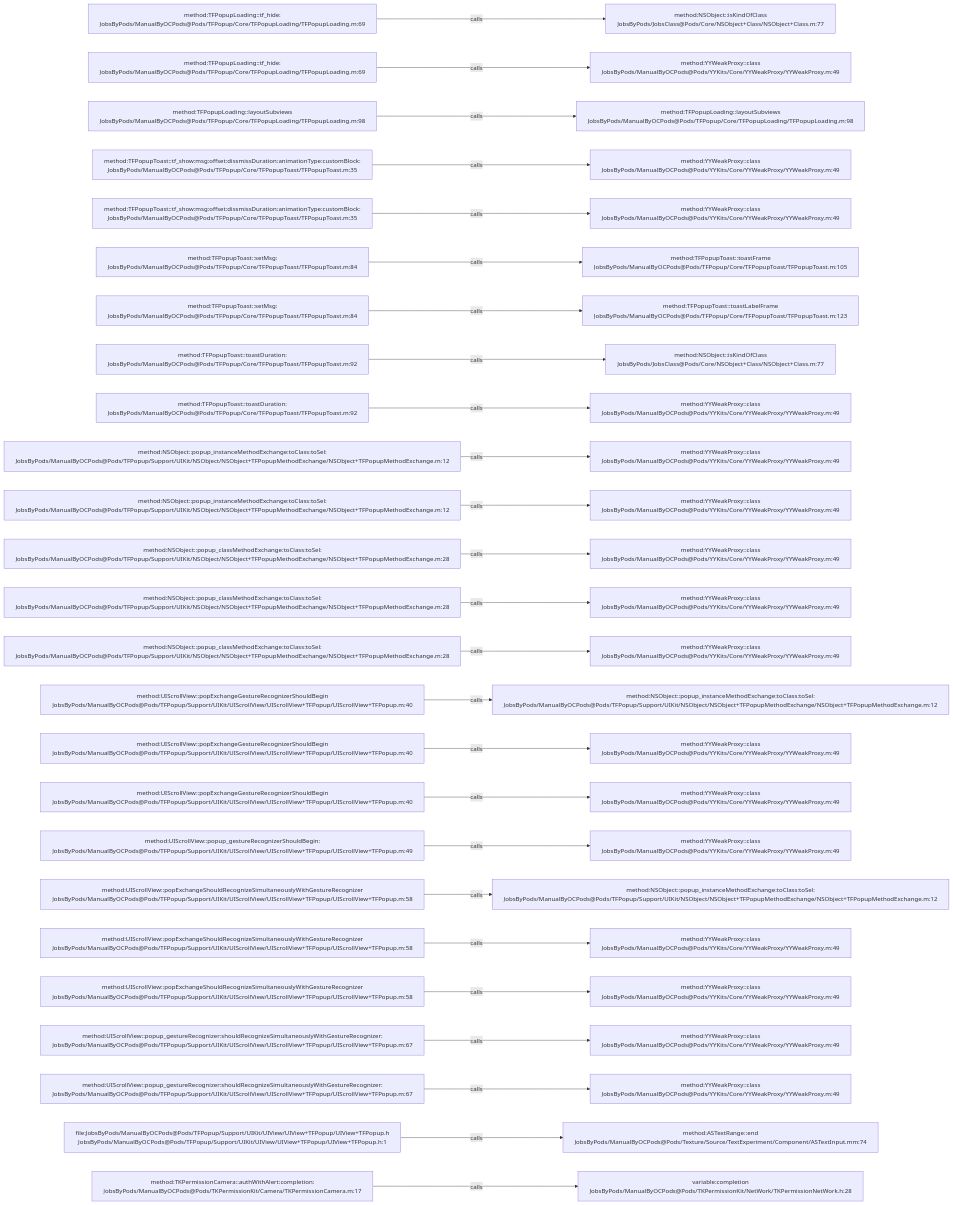
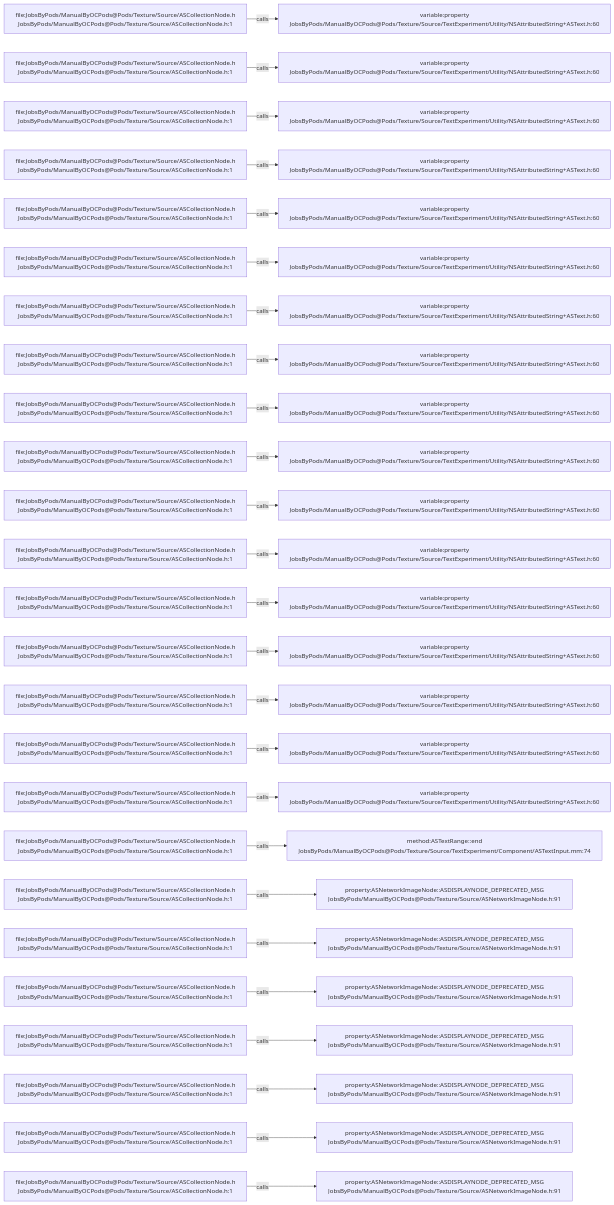
The diagram in .codegraph/codegraph.md/graphs/calls-067.md (JobsKits/JobsOCBaseConfigDemo), drawn with Mermaid before and after one commit. The commit also changed 1448 other files, not shown here.

````diff
--- a/.codegraph/codegraph.md/graphs/calls-067.md
+++ b/.codegraph/codegraph.md/graphs/calls-067.md
@@ -13,78 +13,78 @@
 ```mermaid
 flowchart LR
-  S1["method:TFPopupLoading::tf_hide:<br/>JobsByPods/ManualByOCPods@Pods/TFPopup/Core/TFPopupLoading/TFPopupLoading.m:69"]
-  T1["method:NSObject::isKindOfClass<br/>JobsByPods/JobsClass@Pods/Core/NSObject+Class/NSObject+Class.m:77"]
+  S1["file:JobsByPods/ManualByOCPods@Pods/Texture/Source/ASCollectionNode.h<br/>JobsByPods/ManualByOCPods@Pods/Texture/Source/ASCollectionNode.h:1"]
+  T1["variable:property<br/>JobsByPods/ManualByOCPods@Pods/Texture/Source/TextExperiment/Utility/NSAttributedString+ASText.h:60"]
   S1 -->|calls| T1
-  S2["method:TFPopupLoading::tf_hide:<br/>JobsByPods/ManualByOCPods@Pods/TFPopup/Core/TFPopupLoading/TFPopupLoading.m:69"]
-  T2["method:YYWeakProxy::class<br/>JobsByPods/ManualByOCPods@Pods/YYKits/Core/YYWeakProxy/YYWeakProxy.m:49"]
+  S2["file:JobsByPods/ManualByOCPods@Pods/Texture/Source/ASCollectionNode.h<br/>JobsByPods/ManualByOCPods@Pods/Texture/Source/ASCollectionNode.h:1"]
+  T2["variable:property<br/>JobsByPods/ManualByOCPods@Pods/Texture/Source/TextExperiment/Utility/NSAttributedString+ASText.h:60"]
   S2 -->|calls| T2
-  S3["method:TFPopupLoading::layoutSubviews<br/>JobsByPods/ManualByOCPods@Pods/TFPopup/Core/TFPopupLoading/TFPopupLoading.m:98"]
-  T3["method:TFPopupLoading::layoutSubviews<br/>JobsByPods/ManualByOCPods@Pods/TFPopup/Core/TFPopupLoading/TFPopupLoading.m:98"]
+  S3["file:JobsByPods/ManualByOCPods@Pods/Texture/Source/ASCollectionNode.h<br/>JobsByPods/ManualByOCPods@Pods/Texture/Source/ASCollectionNode.h:1"]
+  T3["variable:property<br/>JobsByPods/ManualByOCPods@Pods/Texture/Source/TextExperiment/Utility/NSAttributedString+ASText.h:60"]
   S3 -->|calls| T3
-  S4["method:TFPopupToast::tf_show:msg:offset:dissmissDuration:animationType:customBlock:<br/>JobsByPods/ManualByOCPods@Pods/TFPopup/Core/TFPopupToast/TFPopupToast.m:35"]
-  T4["method:YYWeakProxy::class<br/>JobsByPods/ManualByOCPods@Pods/YYKits/Core/YYWeakProxy/YYWeakProxy.m:49"]
+  S4["file:JobsByPods/ManualByOCPods@Pods/Texture/Source/ASCollectionNode.h<br/>JobsByPods/ManualByOCPods@Pods/Texture/Source/ASCollectionNode.h:1"]
+  T4["variable:property<br/>JobsByPods/ManualByOCPods@Pods/Texture/Source/TextExperiment/Utility/NSAttributedString+ASText.h:60"]
   S4 -->|calls| T4
-  S5["method:TFPopupToast::tf_show:msg:offset:dissmissDuration:animationType:customBlock:<br/>JobsByPods/ManualByOCPods@Pods/TFPopup/Core/TFPopupToast/TFPopupToast.m:35"]
-  T5["method:YYWeakProxy::class<br/>JobsByPods/ManualByOCPods@Pods/YYKits/Core/YYWeakProxy/YYWeakProxy.m:49"]
+  S5["file:JobsByPods/ManualByOCPods@Pods/Texture/Source/ASCollectionNode.h<br/>JobsByPods/ManualByOCPods@Pods/Texture/Source/ASCollectionNode.h:1"]
+  T5["variable:property<br/>JobsByPods/ManualByOCPods@Pods/Texture/Source/TextExperiment/Utility/NSAttributedString+ASText.h:60"]
   S5 -->|calls| T5
-  S6["method:TFPopupToast::setMsg:<br/>JobsByPods/ManualByOCPods@Pods/TFPopup/Core/TFPopupToast/TFPopupToast.m:84"]
-  T6["method:TFPopupToast::toastFrame<br/>JobsByPods/ManualByOCPods@Pods/TFPopup/Core/TFPopupToast/TFPopupToast.m:105"]
+  S6["file:JobsByPods/ManualByOCPods@Pods/Texture/Source/ASCollectionNode.h<br/>JobsByPods/ManualByOCPods@Pods/Texture/Source/ASCollectionNode.h:1"]
+  T6["variable:property<br/>JobsByPods/ManualByOCPods@Pods/Texture/Source/TextExperiment/Utility/NSAttributedString+ASText.h:60"]
   S6 -->|calls| T6
-  S7["method:TFPopupToast::setMsg:<br/>JobsByPods/ManualByOCPods@Pods/TFPopup/Core/TFPopupToast/TFPopupToast.m:84"]
-  T7["method:TFPopupToast::toastLabelFrame<br/>JobsByPods/ManualByOCPods@Pods/TFPopup/Core/TFPopupToast/TFPopupToast.m:123"]
+  S7["file:JobsByPods/ManualByOCPods@Pods/Texture/Source/ASCollectionNode.h<br/>JobsByPods/ManualByOCPods@Pods/Texture/Source/ASCollectionNode.h:1"]
+  T7["variable:property<br/>JobsByPods/ManualByOCPods@Pods/Texture/Source/TextExperiment/Utility/NSAttributedString+ASText.h:60"]
   S7 -->|calls| T7
-  S8["method:TFPopupToast::toastDuration:<br/>JobsByPods/ManualByOCPods@Pods/TFPopup/Core/TFPopupToast/TFPopupToast.m:92"]
-  T8["method:NSObject::isKindOfClass<br/>JobsByPods/JobsClass@Pods/Core/NSObject+Class/NSObject+Class.m:77"]
+  S8["file:JobsByPods/ManualByOCPods@Pods/Texture/Source/ASCollectionNode.h<br/>JobsByPods/ManualByOCPods@Pods/Texture/Source/ASCollectionNode.h:1"]
+  T8["variable:property<br/>JobsByPods/ManualByOCPods@Pods/Texture/Source/TextExperiment/Utility/NSAttributedString+ASText.h:60"]
   S8 -->|calls| T8
-  S9["method:TFPopupToast::toastDuration:<br/>JobsByPods/ManualByOCPods@Pods/TFPopup/Core/TFPopupToast/TFPopupToast.m:92"]
-  T9["method:YYWeakProxy::class<br/>JobsByPods/ManualByOCPods@Pods/YYKits/Core/YYWeakProxy/YYWeakProxy.m:49"]
+  S9["file:JobsByPods/ManualByOCPods@Pods/Texture/Source/ASCollectionNode.h<br/>JobsByPods/ManualByOCPods@Pods/Texture/Source/ASCollectionNode.h:1"]
+  T9["variable:property<br/>JobsByPods/ManualByOCPods@Pods/Texture/Source/TextExperiment/Utility/NSAttributedString+ASText.h:60"]
   S9 -->|calls| T9
-  S10["method:NSObject::popup_instanceMethodExchange:toClass:toSel:<br/>JobsByPods/ManualByOCPods@Pods/TFPopup/Support/UIKit/NSObject/NSObject+TFPopupMethodExchange/NSObject+TFPopupMethodExchange.m:12"]
-  T10["method:YYWeakProxy::class<br/>JobsByPods/ManualByOCPods@Pods/YYKits/Core/YYWeakProxy/YYWeakProxy.m:49"]
+  S10["file:JobsByPods/ManualByOCPods@Pods/Texture/Source/ASCollectionNode.h<br/>JobsByPods/ManualByOCPods@Pods/Texture/Source/ASCollectionNode.h:1"]
+  T10["variable:property<br/>JobsByPods/ManualByOCPods@Pods/Texture/Source/TextExperiment/Utility/NSAttributedString+ASText.h:60"]
   S10 -->|calls| T10
-  S11["method:NSObject::popup_instanceMethodExchange:toClass:toSel:<br/>JobsByPods/ManualByOCPods@Pods/TFPopup/Support/UIKit/NSObject/NSObject+TFPopupMethodExchange/NSObject+TFPopupMethodExchange.m:12"]
-  T11["method:YYWeakProxy::class<br/>JobsByPods/ManualByOCPods@Pods/YYKits/Core/YYWeakProxy/YYWeakProxy.m:49"]
+  S11["file:JobsByPods/ManualByOCPods@Pods/Texture/Source/ASCollectionNode.h<br/>JobsByPods/ManualByOCPods@Pods/Texture/Source/ASCollectionNode.h:1"]
+  T11["variable:property<br/>JobsByPods/ManualByOCPods@Pods/Texture/Source/TextExperiment/Utility/NSAttributedString+ASText.h:60"]
   S11 -->|calls| T11
-  S12["method:NSObject::popup_classMethodExchange:toClass:toSel:<br/>JobsByPods/ManualByOCPods@Pods/TFPopup/Support/UIKit/NSObject/NSObject+TFPopupMethodExchange/NSObject+TFPopupMethodExchange.m:28"]
-  T12["method:YYWeakProxy::class<br/>JobsByPods/ManualByOCPods@Pods/YYKits/Core/YYWeakProxy/YYWeakProxy.m:49"]
+  S12["file:JobsByPods/ManualByOCPods@Pods/Texture/Source/ASCollectionNode.h<br/>JobsByPods/ManualByOCPods@Pods/Texture/Source/ASCollectionNode.h:1"]
+  T12["variable:property<br/>JobsByPods/ManualByOCPods@Pods/Texture/Source/TextExperiment/Utility/NSAttributedString+ASText.h:60"]
   S12 -->|calls| T12
-  S13["method:NSObject::popup_classMethodExchange:toClass:toSel:<br/>JobsByPods/ManualByOCPods@Pods/TFPopup/Support/UIKit/NSObject/NSObject+TFPopupMethodExchange/NSObject+TFPopupMethodExchange.m:28"]
-  T13["method:YYWeakProxy::class<br/>JobsByPods/ManualByOCPods@Pods/YYKits/Core/YYWeakProxy/YYWeakProxy.m:49"]
+  S13["file:JobsByPods/ManualByOCPods@Pods/Texture/Source/ASCollectionNode.h<br/>JobsByPods/ManualByOCPods@Pods/Texture/Source/ASCollectionNode.h:1"]
+  T13["variable:property<br/>JobsByPods/ManualByOCPods@Pods/Texture/Source/TextExperiment/Utility/NSAttributedString+ASText.h:60"]
   S13 -->|calls| T13
-  S14["method:NSObject::popup_classMethodExchange:toClass:toSel:<br/>JobsByPods/ManualByOCPods@Pods/TFPopup/Support/UIKit/NSObject/NSObject+TFPopupMethodExchange/NSObject+TFPopupMethodExchange.m:28"]
-  T14["method:YYWeakProxy::class<br/>JobsByPods/ManualByOCPods@Pods/YYKits/Core/YYWeakProxy/YYWeakProxy.m:49"]
+  S14["file:JobsByPods/ManualByOCPods@Pods/Texture/Source/ASCollectionNode.h<br/>JobsByPods/ManualByOCPods@Pods/Texture/Source/ASCollectionNode.h:1"]
+  T14["variable:property<br/>JobsByPods/ManualByOCPods@Pods/Texture/Source/TextExperiment/Utility/NSAttributedString+ASText.h:60"]
   S14 -->|calls| T14
-  S15["method:UIScrollView::popExchangeGestureRecognizerShouldBegin<br/>JobsByPods/ManualByOCPods@Pods/TFPopup/Support/UIKit/UIScrollView/UIScrollView+TFPopup/UIScrollView+TFPopup.m:40"]
-  T15["method:NSObject::popup_instanceMethodExchange:toClass:toSel:<br/>JobsByPods/ManualByOCPods@Pods/TFPopup/Support/UIKit/NSObject/NSObject+TFPopupMethodExchange/NSObject+TFPopupMethodExchange.m:12"]
+  S15["file:JobsByPods/ManualByOCPods@Pods/Texture/Source/ASCollectionNode.h<br/>JobsByPods/ManualByOCPods@Pods/Texture/Source/ASCollectionNode.h:1"]
+  T15["variable:property<br/>JobsByPods/ManualByOCPods@Pods/Texture/Source/TextExperiment/Utility/NSAttributedString+ASText.h:60"]
   S15 -->|calls| T15
-  S16["method:UIScrollView::popExchangeGestureRecognizerShouldBegin<br/>JobsByPods/ManualByOCPods@Pods/TFPopup/Support/UIKit/UIScrollView/UIScrollView+TFPopup/UIScrollView+TFPopup.m:40"]
-  T16["method:YYWeakProxy::class<br/>JobsByPods/ManualByOCPods@Pods/YYKits/Core/YYWeakProxy/YYWeakProxy.m:49"]
+  S16["file:JobsByPods/ManualByOCPods@Pods/Texture/Source/ASCollectionNode.h<br/>JobsByPods/ManualByOCPods@Pods/Texture/Source/ASCollectionNode.h:1"]
+  T16["variable:property<br/>JobsByPods/ManualByOCPods@Pods/Texture/Source/TextExperiment/Utility/NSAttributedString+ASText.h:60"]
   S16 -->|calls| T16
-  S17["method:UIScrollView::popExchangeGestureRecognizerShouldBegin<br/>JobsByPods/ManualByOCPods@Pods/TFPopup/Support/UIKit/UIScrollView/UIScrollView+TFPopup/UIScrollView+TFPopup.m:40"]
-  T17["method:YYWeakProxy::class<br/>JobsByPods/ManualByOCPods@Pods/YYKits/Core/YYWeakProxy/YYWeakProxy.m:49"]
+  S17["file:JobsByPods/ManualByOCPods@Pods/Texture/Source/ASCollectionNode.h<br/>JobsByPods/ManualByOCPods@Pods/Texture/Source/ASCollectionNode.h:1"]
+  T17["variable:property<br/>JobsByPods/ManualByOCPods@Pods/Texture/Source/TextExperiment/Utility/NSAttributedString+ASText.h:60"]
   S17 -->|calls| T17
-  S18["method:UIScrollView::popup_gestureRecognizerShouldBegin:<br/>JobsByPods/ManualByOCPods@Pods/TFPopup/Support/UIKit/UIScrollView/UIScrollView+TFPopup/UIScrollView+TFPopup.m:49"]
-  T18["method:YYWeakProxy::class<br/>JobsByPods/ManualByOCPods@Pods/YYKits/Core/YYWeakProxy/YYWeakProxy.m:49"]
+  S18["file:JobsByPods/ManualByOCPods@Pods/Texture/Source/ASCollectionNode.h<br/>JobsByPods/ManualByOCPods@Pods/Texture/Source/ASCollectionNode.h:1"]
+  T18["method:ASTextRange::end<br/>JobsByPods/ManualByOCPods@Pods/Texture/Source/TextExperiment/Component/ASTextInput.mm:74"]
   S18 -->|calls| T18
-  S19["method:UIScrollView::popExchangeShouldRecognizeSimultaneouslyWithGestureRecognizer<br/>JobsByPods/ManualByOCPods@Pods/TFPopup/Support/UIKit/UIScrollView/UIScrollView+TFPopup/UIScrollView+TFPopup.m:58"]
-  T19["method:NSObject::popup_instanceMethodExchange:toClass:toSel:<br/>JobsByPods/ManualByOCPods@Pods/TFPopup/Support/UIKit/NSObject/NSObject+TFPopupMethodExchange/NSObject+TFPopupMethodExchange.m:12"]
+  S19["file:JobsByPods/ManualByOCPods@Pods/Texture/Source/ASCollectionNode.h<br/>JobsByPods/ManualByOCPods@Pods/Texture/Source/ASCollectionNode.h:1"]
+  T19["property:ASNetworkImageNode::ASDISPLAYNODE_DEPRECATED_MSG<br/>JobsByPods/ManualByOCPods@Pods/Texture/Source/ASNetworkImageNode.h:91"]
   S19 -->|calls| T19
-  S20["method:UIScrollView::popExchangeShouldRecognizeSimultaneouslyWithGestureRecognizer<br/>JobsByPods/ManualByOCPods@Pods/TFPopup/Support/UIKit/UIScrollView/UIScrollView+TFPopup/UIScrollView+TFPopup.m:58"]
-  T20["method:YYWeakProxy::class<br/>JobsByPods/ManualByOCPods@Pods/YYKits/Core/YYWeakProxy/YYWeakProxy.m:49"]
+  S20["file:JobsByPods/ManualByOCPods@Pods/Texture/Source/ASCollectionNode.h<br/>JobsByPods/ManualByOCPods@Pods/Texture/Source/ASCollectionNode.h:1"]
+  T20["property:ASNetworkImageNode::ASDISPLAYNODE_DEPRECATED_MSG<br/>JobsByPods/ManualByOCPods@Pods/Texture/Source/ASNetworkImageNode.h:91"]
   S20 -->|calls| T20
-  S21["method:UIScrollView::popExchangeShouldRecognizeSimultaneouslyWithGestureRecognizer<br/>JobsByPods/ManualByOCPods@Pods/TFPopup/Support/UIKit/UIScrollView/UIScrollView+TFPopup/UIScrollView+TFPopup.m:58"]
-  T21["method:YYWeakProxy::class<br/>JobsByPods/ManualByOCPods@Pods/YYKits/Core/YYWeakProxy/YYWeakProxy.m:49"]
+  S21["file:JobsByPods/ManualByOCPods@Pods/Texture/Source/ASCollectionNode.h<br/>JobsByPods/ManualByOCPods@Pods/Texture/Source/ASCollectionNode.h:1"]
+  T21["property:ASNetworkImageNode::ASDISPLAYNODE_DEPRECATED_MSG<br/>JobsByPods/ManualByOCPods@Pods/Texture/Source/ASNetworkImageNode.h:91"]
   S21 -->|calls| T21
-  S22["method:UIScrollView::popup_gestureRecognizer:shouldRecognizeSimultaneouslyWithGestureRecognizer:<br/>JobsByPods/ManualByOCPods@Pods/TFPopup/Support/UIKit/UIScrollView/UIScrollView+TFPopup/UIScrollView+TFPopup.m:67"]
-  T22["method:YYWeakProxy::class<br/>JobsByPods/ManualByOCPods@Pods/YYKits/Core/YYWeakProxy/YYWeakProxy.m:49"]
+  S22["file:JobsByPods/ManualByOCPods@Pods/Texture/Source/ASCollectionNode.h<br/>JobsByPods/ManualByOCPods@Pods/Texture/Source/ASCollectionNode.h:1"]
+  T22["property:ASNetworkImageNode::ASDISPLAYNODE_DEPRECATED_MSG<br/>JobsByPods/ManualByOCPods@Pods/Texture/Source/ASNetworkImageNode.h:91"]
   S22 -->|calls| T22
-  S23["method:UIScrollView::popup_gestureRecognizer:shouldRecognizeSimultaneouslyWithGestureRecognizer:<br/>JobsByPods/ManualByOCPods@Pods/TFPopup/Support/UIKit/UIScrollView/UIScrollView+TFPopup/UIScrollView+TFPopup.m:67"]
-  T23["method:YYWeakProxy::class<br/>JobsByPods/ManualByOCPods@Pods/YYKits/Core/YYWeakProxy/YYWeakProxy.m:49"]
+  S23["file:JobsByPods/ManualByOCPods@Pods/Texture/Source/ASCollectionNode.h<br/>JobsByPods/ManualByOCPods@Pods/Texture/Source/ASCollectionNode.h:1"]
+  T23["property:ASNetworkImageNode::ASDISPLAYNODE_DEPRECATED_MSG<br/>JobsByPods/ManualByOCPods@Pods/Texture/Source/ASNetworkImageNode.h:91"]
   S23 -->|calls| T23
-  S24["file:JobsByPods/ManualByOCPods@Pods/TFPopup/Support/UIKit/UIView/UIView+TFPopup/UIView+TFPopup.h<br/>JobsByPods/ManualByOCPods@Pods/TFPopup/Support/UIKit/UIView/UIView+TFPopup/UIView+TFPopup.h:1"]
-  T24["method:ASTextRange::end<br/>JobsByPods/ManualByOCPods@Pods/Texture/Source/TextExperiment/Component/ASTextInput.mm:74"]
+  S24["file:JobsByPods/ManualByOCPods@Pods/Texture/Source/ASCollectionNode.h<br/>JobsByPods/ManualByOCPods@Pods/Texture/Source/ASCollectionNode.h:1"]
+  T24["property:ASNetworkImageNode::ASDISPLAYNODE_DEPRECATED_MSG<br/>JobsByPods/ManualByOCPods@Pods/Texture/Source/ASNetworkImageNode.h:91"]
   S24 -->|calls| T24
-  S25["method:TKPermissionCamera::authWithAlert:completion:<br/>JobsByPods/ManualByOCPods@Pods/TKPermissionKit/Camera/TKPermissionCamera.m:17"]
-  T25["variable:completion<br/>JobsByPods/ManualByOCPods@Pods/TKPermissionKit/NetWork/TKPermissionNetWork.h:28"]
+  S25["file:JobsByPods/ManualByOCPods@Pods/Texture/Source/ASCollectionNode.h<br/>JobsByPods/ManualByOCPods@Pods/Texture/Source/ASCollectionNode.h:1"]
+  T25["property:ASNetworkImageNode::ASDISPLAYNODE_DEPRECATED_MSG<br/>JobsByPods/ManualByOCPods@Pods/Texture/Source/ASNetworkImageNode.h:91"]
   S25 -->|calls| T25
 ```
````
